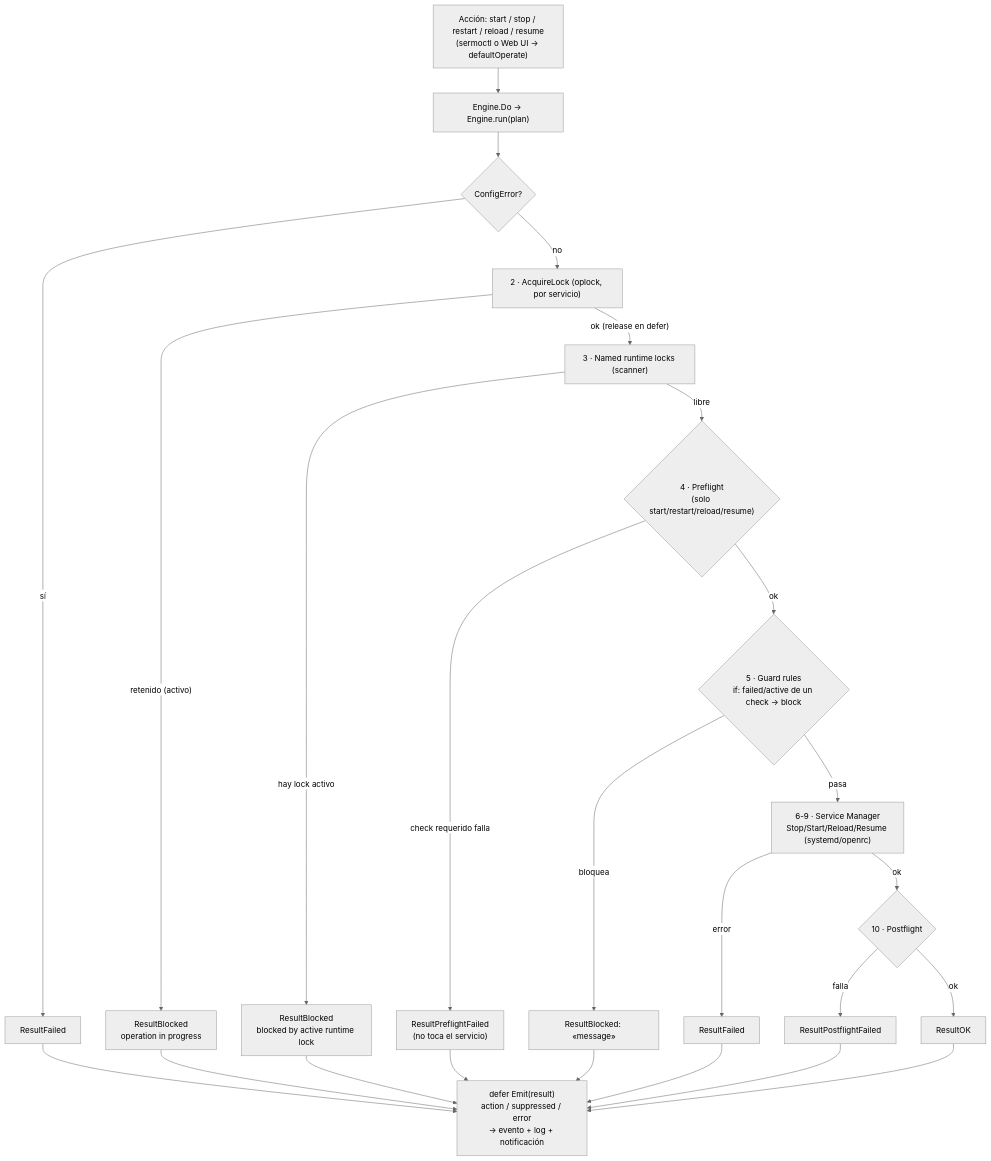
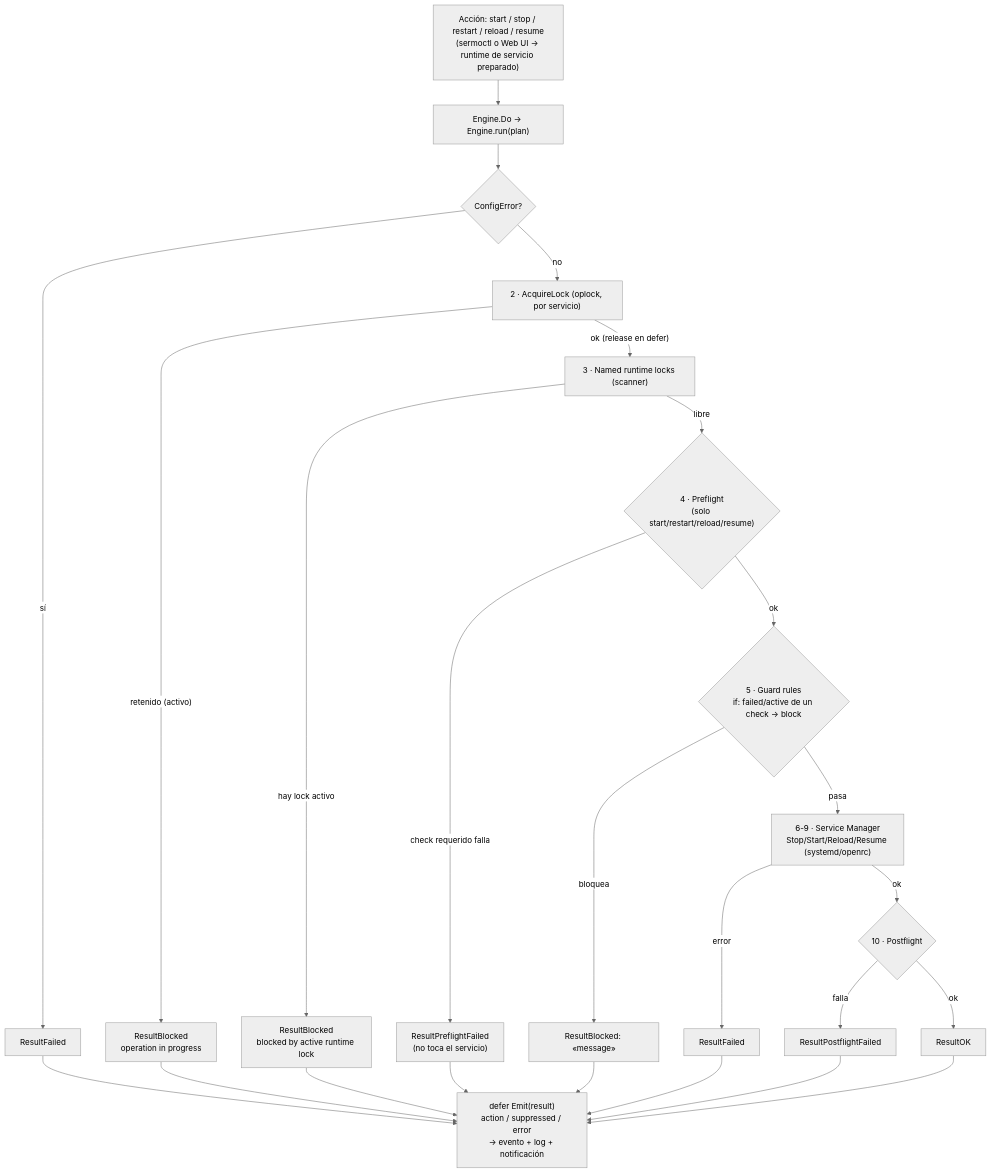
One commit to inode64/Sermo changed the third of 6 diagrams in docs/architecture.es.md. Above: the diagram before and after it, drawn with Mermaid (neutral theme). The commit also changed 8 other files, not shown here.

````diff
--- a/docs/architecture.es.md
+++ b/docs/architecture.es.md
@@ -144,28 +144,28 @@
 ```mermaid
 flowchart TD
-  REQ["Acción: start / stop / restart / reload / resume<br/>(sermoctl o Web UI → defaultOperate)"] --> DO["Engine.Do → Engine.run(plan)"]
+  REQ["Acción: start / stop / restart / reload / resume<br/>(sermoctl o Web UI → runtime de servicio preparado)"] --> DO["Engine.Do → Engine.run(plan)"]
   DO --> CE{"ConfigError?"}
   CE -- "sí" --> RF1["ResultFailed"]
   CE -- "no" --> L1["2 · AcquireLock (oplock, por servicio)"]
   L1 -- "retenido (activo)" --> B1["ResultBlocked<br/>operation in progress"]
   L1 -- "ok (release en defer)" --> L2["3 · Named runtime locks (scanner)"]
   L2 -- "hay lock activo" --> B2["ResultBlocked<br/>blocked by active runtime lock"]
   L2 -- "libre" --> PF{"4 · Preflight<br/>(solo start/restart/reload/resume)"}
   PF -- "check requerido falla" --> RPF["ResultPreflightFailed<br/>(no toca el servicio)"]
   PF -- "ok" --> GD{"5 · Guard rules<br/>if: failed/active de un check → block"}
   GD -- "bloquea" --> B3["ResultBlocked: «message»"]
   GD -- "pasa" --> ACT["6-9 · Service Manager<br/>Stop/Start/Reload/Resume (systemd/openrc)"]
   ACT -- "error" --> RF2["ResultFailed"]
   ACT -- "ok" --> POST{"10 · Postflight"}
   POST -- "falla" --> RPOST["ResultPostflightFailed"]
   POST -- "ok" --> OK["ResultOK"]
 
   B1 --> EMIT
   B2 --> EMIT
   B3 --> EMIT
   RF1 --> EMIT
   RF2 --> EMIT
   RPF --> EMIT
   RPOST --> EMIT
   OK --> EMIT["defer Emit(result)<br/>action / suppressed / error<br/>→ evento + log + notificación"]
 ```
````
